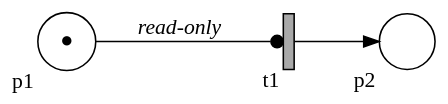
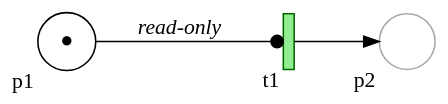
Diagram 14 of 28 in doc/index.org (johnstonskj/rust-ptnets), drawn with Graphviz before and after one commit. The commit also changed other lines of this file and 26 other files, not shown here.

```diff
--- a/doc/index.org
+++ b/doc/index.org
@@ -489,20 +776,20 @@
 #+BEGIN_SRC dot :file ptnet-graph-readonly.svg :exports results
 strict digraph {
     bgcolor="transparent";
     fontname="Helvetica Neue,Helvetica,Arial,sans-serif";
     nodesep=0.75;
     rankdir=LR;
     ranksep=0.75;
 
     // All place nodes.
     p1 [shape="circle"; label="●"; xlabel="p1"];
-    p2 [shape="circle"; label=""; xlabel="p2"];
+    p2 [shape="circle";color="darkgrey"; label=""; xlabel="p2"];
 
     // All transition nodes.
-    t1 [shape="rectangle"; style="filled"; fillcolor="darkgrey"; height=0.5; width=0.1; label=""; xlabel="t1"];
+    t1 [shape="rectangle"; style="filled"; color="darkgreen"; fillcolor="lightgreen"; height=0.5; width=0.1; label=""; xlabel="t1"];
 
     // All arcs.
     p1 -> t1 [arrowhead="dot"; label=<<I>read-only</I>>];
     t1 -> p2;
 }
 #+END_SRC
```
